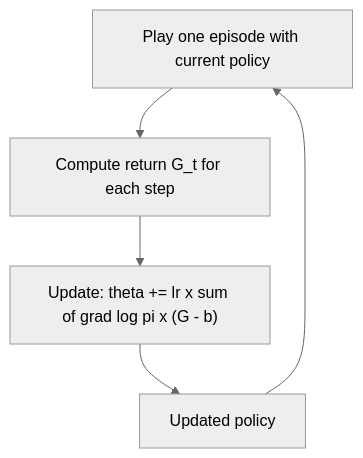
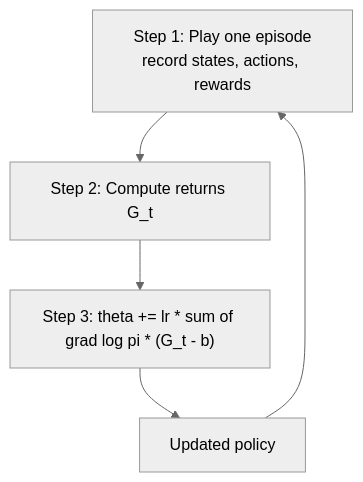
One commit to kaisarnajar/outcome-school-blogs changed the second of 2 diagrams in notes/step-01-machine-learning-foundations/018-policy-gradient-reinforce.md. Above: the diagram before and after it, drawn with Mermaid (neutral theme). The commit also changed other lines of this file and 233 other files, not shown here.

````diff
--- a/notes/step-01-machine-learning-foundations/018-policy-gradient-reinforce.md
+++ b/notes/step-01-machine-learning-foundations/018-policy-gradient-reinforce.md
@@ -41,7 +112,7 @@
 ```mermaid
 flowchart TD
-    A["Play one episode with current policy"] --> B["Compute return G_t for each step"]
-    B --> C["Update: theta += lr x sum of grad log pi x (G - b)"]
-    C --> D["Updated policy"]
-    D --> A
+    A1["Step 1: Play one episode<br/>record states, actions, rewards"] --> A2["Step 2: Compute returns G_t"]
+    A2 --> A3["Step 3: theta += lr * sum of grad log pi * (G_t - b)"]
+    A3 --> A4["Updated policy"]
+    A4 --> A1
 ```
````
